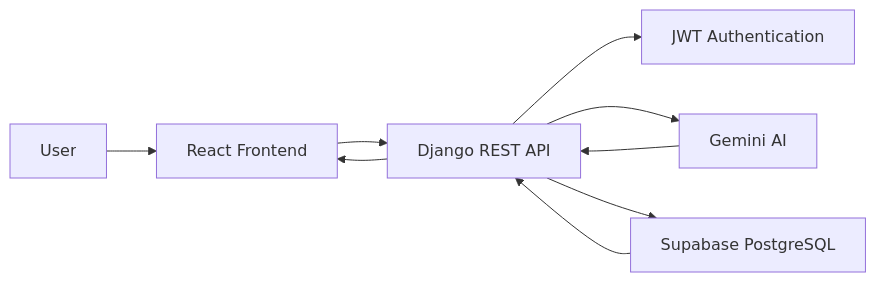
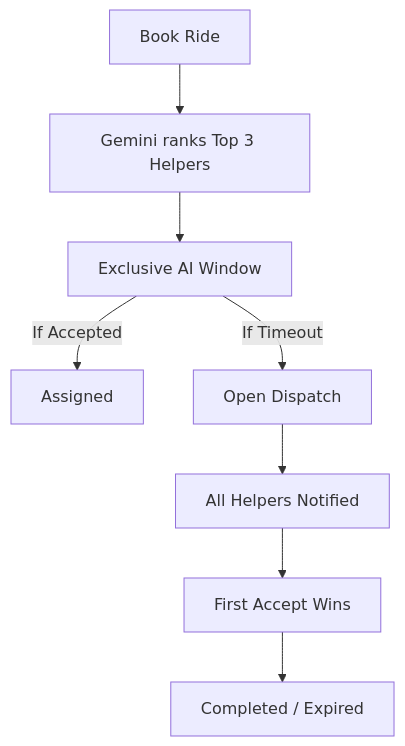
Before and after one commit to Nashap/CareRide-AI: the second of 2 diagrams in README.md, drawn with Mermaid. The commit also changed other lines of this file, not shown here.

````diff
--- a/README.md
+++ b/README.md
@@ -82,19 +91,10 @@
 ```mermaid
-graph LR
-
-A[User] --> B[React Frontend]
-
-B --> C[Django REST API]
-
-C --> D[JWT Authentication]
-
-C --> E[Gemini AI]
-
-C --> F[Supabase PostgreSQL]
-
-E --> C
-
-F --> C
-
-C --> B
+graph TD
+    A[Book Ride] --> B[Gemini ranks Top 3 Helpers]
+    B --> C[Exclusive AI Window]
+    C -->|If Accepted| D[Assigned]
+    C -->|If Timeout| E[Open Dispatch]
+    E --> F[All Helpers Notified]
+    F --> G[First Accept Wins]
+    G --> H[Completed / Expired]
 ```
````
